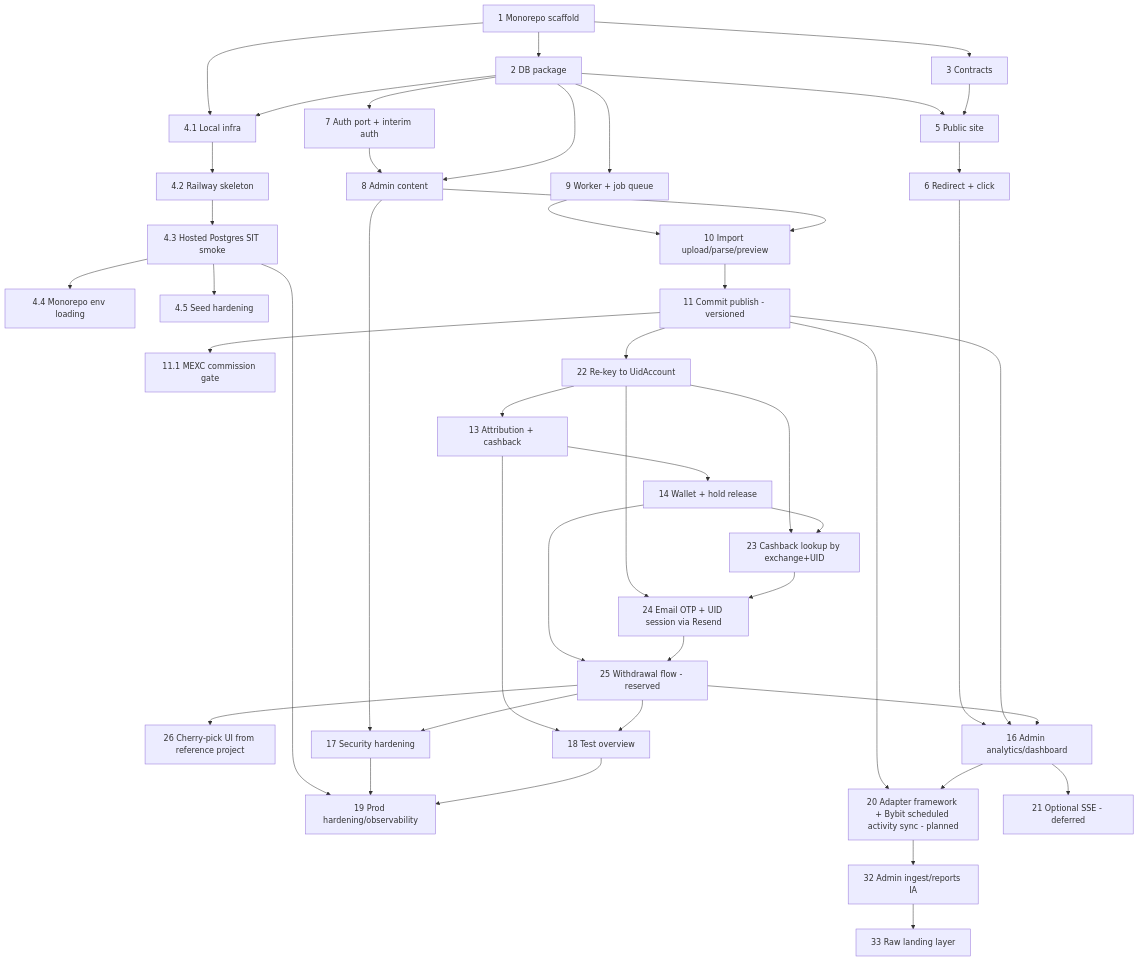
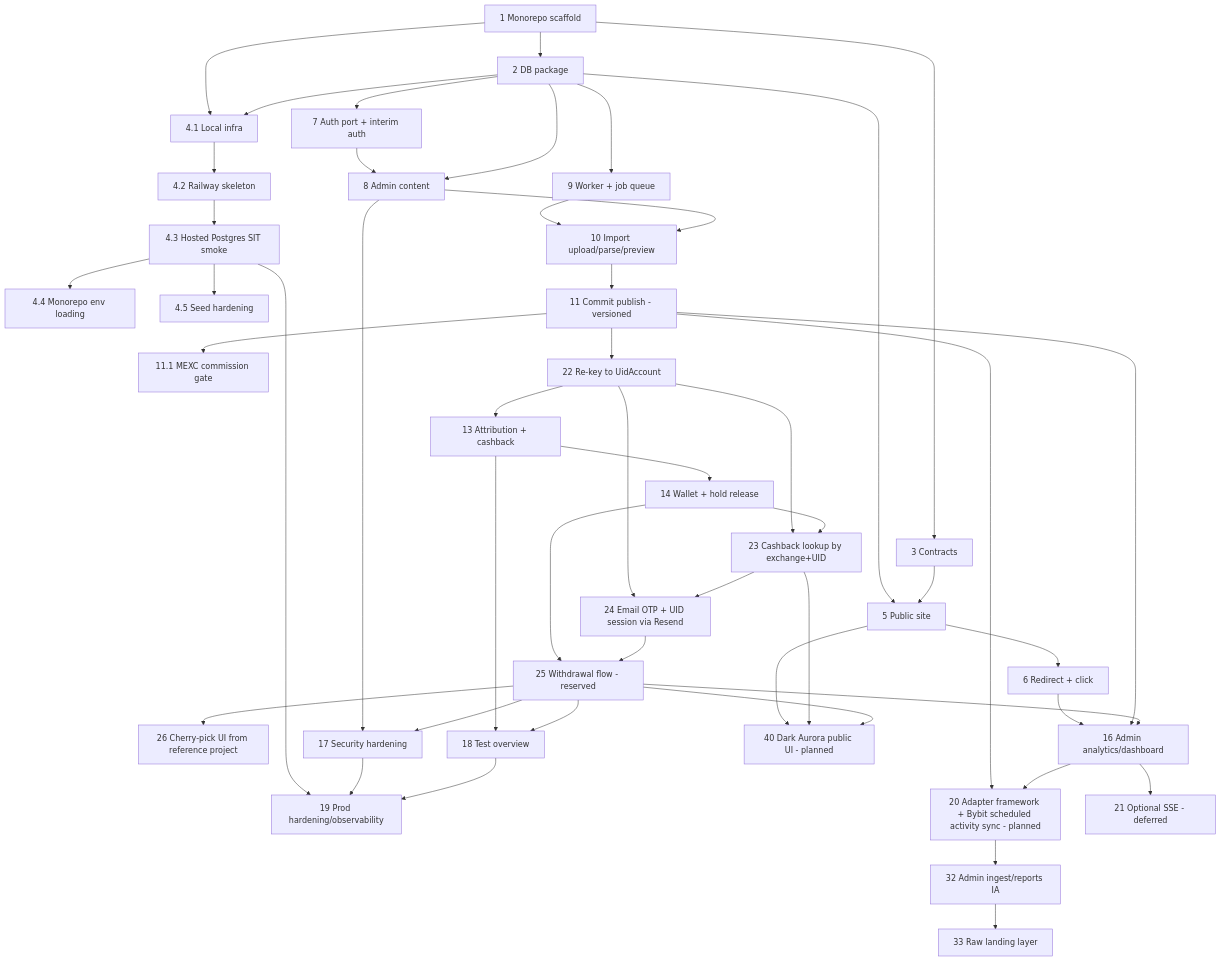
One commit to BuiHoangDuong/13092026 changed the diagram in .kiro/specs/cashback-platform/tasks.md. Above: the diagram before and after it, drawn with Mermaid. The commit also changed other lines of this file and 33 other files, not shown here.

````diff
--- a/.kiro/specs/cashback-platform/tasks.md
+++ b/.kiro/specs/cashback-platform/tasks.md
@@ -90,47 +93,50 @@
 ```mermaid
 flowchart TD
   T1[1 Monorepo scaffold] --> T2[2 DB package]
   T1 --> T3[3 Contracts]
   T1 --> T41[4.1 Local infra]
   T2 --> T41
   T41 --> T42[4.2 Railway skeleton]
   T42 --> T43[4.3 Hosted Postgres SIT smoke]
   T43 --> T44[4.4 Monorepo env loading]
   T43 --> T45[4.5 Seed hardening]
   T2 --> T5[5 Public site]
   T3 --> T5
   T5 --> T6[6 Redirect + click]
   T2 --> T7[7 Auth port + interim auth]
   T7 --> T8[8 Admin content]
   T2 --> T8
   T2 --> T9[9 Worker + job queue]
   T9 --> T10[10 Import upload/parse/preview]
   T8 --> T10
   T10 --> T11[11 Commit publish - versioned]
   T11 --> T111[11.1 MEXC commission gate]
   T11 --> T22[22 Re-key to UidAccount]
   T22 --> T13[13 Attribution + cashback]
   T13 --> T14[14 Wallet + hold release]
   T22 --> T23[23 Cashback lookup by exchange+UID]
   T14 --> T23
   T22 --> T24[24 Email OTP + UID session via Resend]
   T23 --> T24
   T14 --> T25[25 Withdrawal flow - reserved]
   T24 --> T25
   T25 --> T26[26 Cherry-pick UI from reference project]
   T6 --> T16[16 Admin analytics/dashboard]
   T11 --> T16
   T25 --> T16
   T8 --> T17[17 Security hardening]
   T25 --> T17
   T13 --> T18[18 Test overview]
   T25 --> T18
   T43 --> T19[19 Prod hardening/observability]
   T17 --> T19
   T18 --> T19
   T11 --> T20[20 Adapter framework + Bybit scheduled activity sync - planned]
   T20 --> T32[32 Admin ingest/reports IA]
   T32 --> T33[33 Raw landing layer]
   T16 --> T20
   T16 --> T21[21 Optional SSE - deferred]
+  T5 --> T40[40 Dark Aurora public UI - planned]
+  T23 --> T40
+  T25 --> T40
 ```
````
